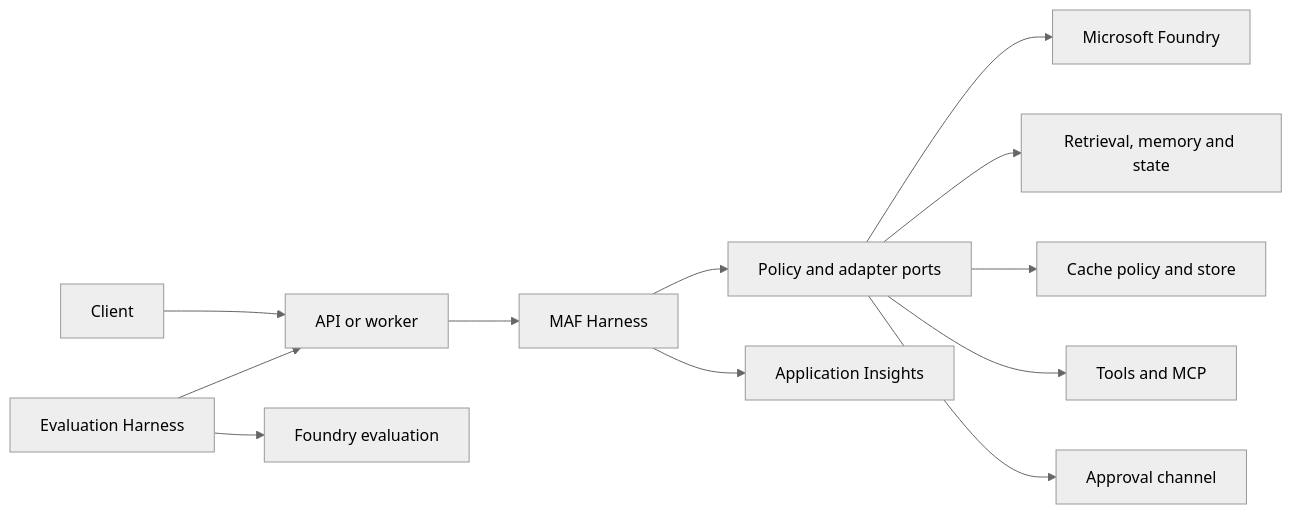
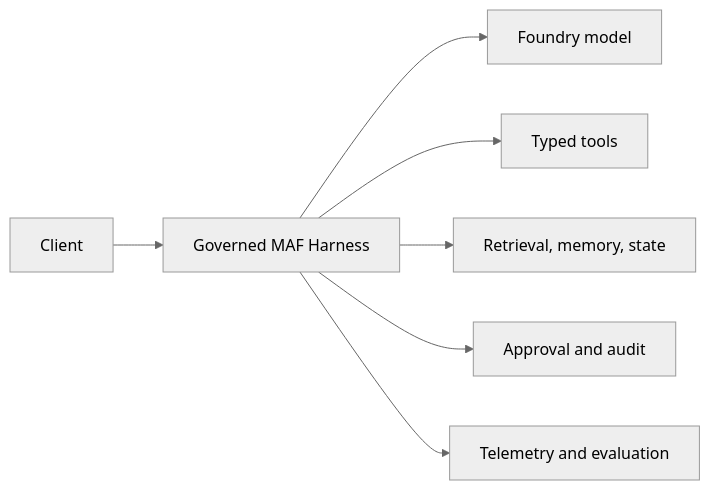
The diagram in README.md (arun13go/AI-Agent-Harness), drawn with Mermaid (neutral theme) before and after one commit. The commit also changed other lines of this file and 10 other files, not shown here.

````diff
--- a/README.md
+++ b/README.md
@@ -44,14 +12,9 @@
 ```mermaid
 flowchart LR
-    CLIENT[Client] --> APP[API or worker]
-    APP --> MAF[MAF Harness]
-    MAF --> PORTS[Policy and adapter ports]
-    PORTS --> FOUNDRY[Microsoft Foundry]
-    PORTS --> DATA[Retrieval, memory and state]
-    PORTS --> CACHE[Cache policy and store]
-    PORTS --> TOOLS[Tools and MCP]
-    PORTS --> HITL[Approval channel]
-    MAF --> OTEL[Application Insights]
-    EVAL[Evaluation Harness] --> APP
-    EVAL --> FEVAL[Foundry evaluation]
+    CLIENT[Client] --> HARNESS[Governed MAF Harness]
+    HARNESS --> MODEL[Foundry model]
+    HARNESS --> TOOLS[Typed tools]
+    HARNESS --> DATA[Retrieval, memory, state]
+    HARNESS --> CONTROL[Approval and audit]
+    HARNESS --> OBS[Telemetry and evaluation]
 ```
````
